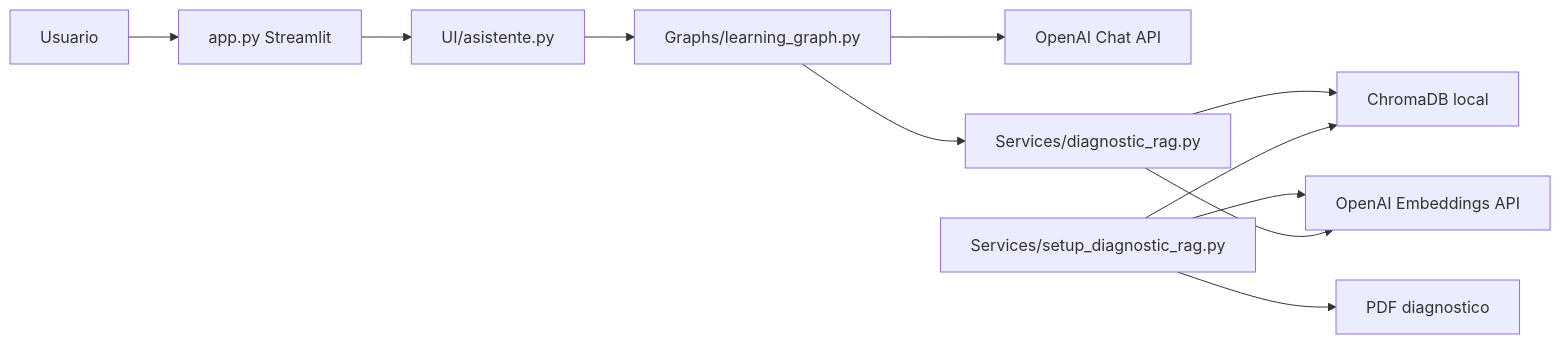
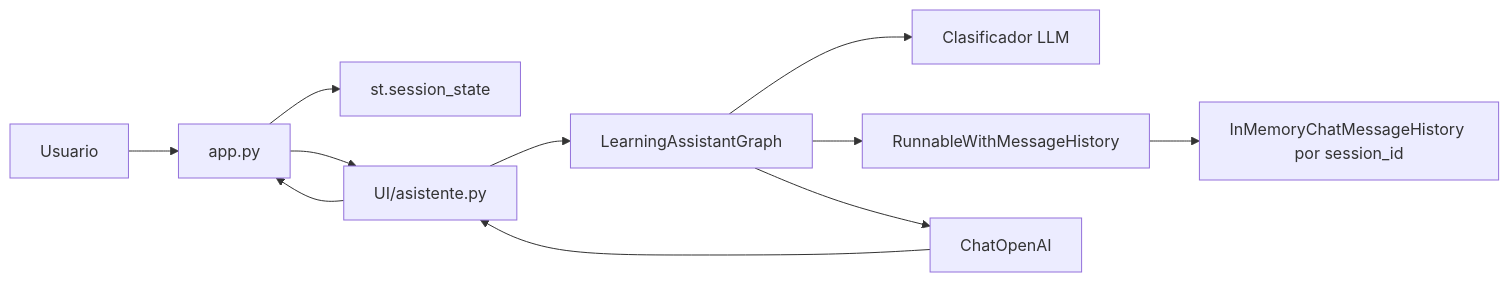
One commit to jose6668/IA-Lanchaing changed the first of 2 diagrams in Documentacion/ARQUITECTURA_PROYECTO.md. Above: the diagram before and after it, drawn with Mermaid. The commit also changed other lines of this file and 53 other files, not shown here.

Commit message:
feat(HU-05): implement LLM routing with conversational memory

````diff
--- a/Documentacion/ARQUITECTURA_PROYECTO.md
+++ b/Documentacion/ARQUITECTURA_PROYECTO.md
@@ -66,13 +57,13 @@
 ```mermaid
 flowchart LR
-    U[Usuario] --> APP[app.py Streamlit]
+    USER[Usuario] --> APP[app.py]
+    APP --> STATE[st.session_state]
     APP --> UI[UI/asistente.py]
-    UI --> GRAPH[Graphs/learning_graph.py]
-    GRAPH --> OAI[OpenAI Chat API]
-    GRAPH --> RAG[Services/diagnostic_rag.py]
-    RAG --> CH[ChromaDB local]
-    SETUP[Services/setup_diagnostic_rag.py] --> PDF[PDF diagnostico]
-    SETUP --> EMB[OpenAI Embeddings API]
-    SETUP --> CH
-    RAG --> EMB
+    UI --> GRAPH[LearningAssistantGraph]
+    GRAPH --> CLASSIFIER[Clasificador LLM]
+    GRAPH --> MEMORY[RunnableWithMessageHistory]
+    MEMORY --> STORE[InMemoryChatMessageHistory por session_id]
+    GRAPH --> OPENAI[ChatOpenAI]
+    OPENAI --> UI
+    UI --> APP
 ```
````
